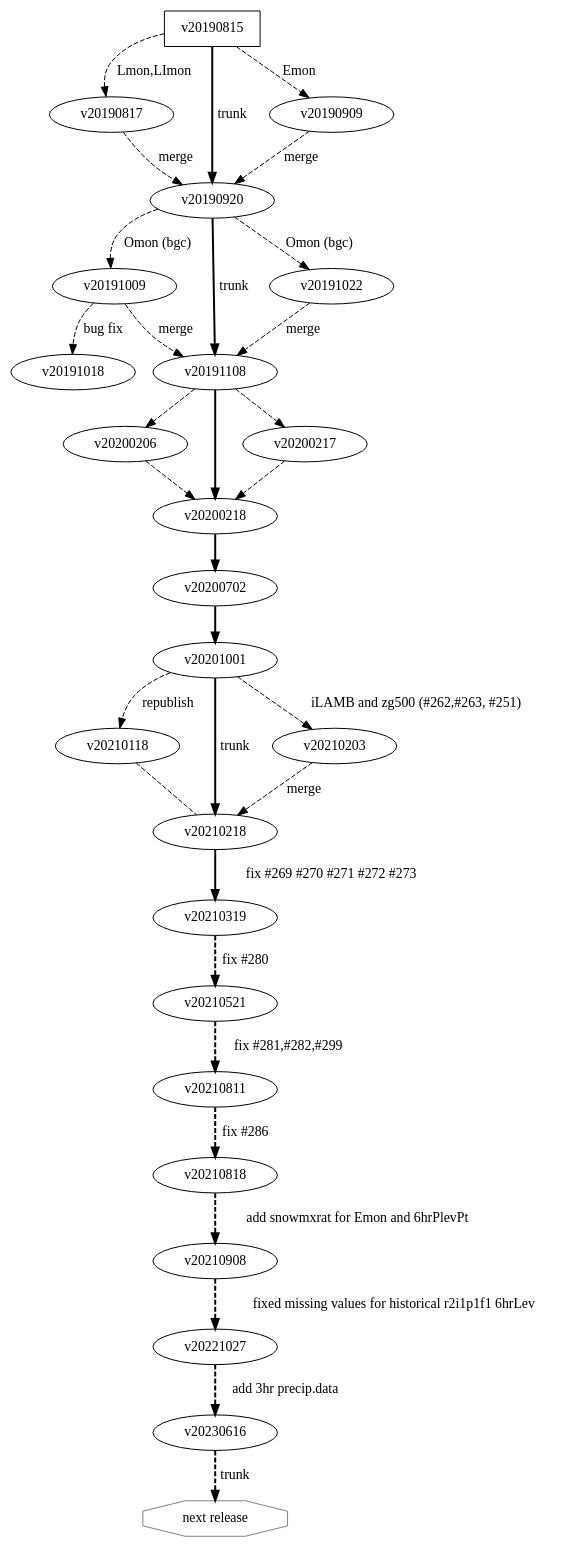
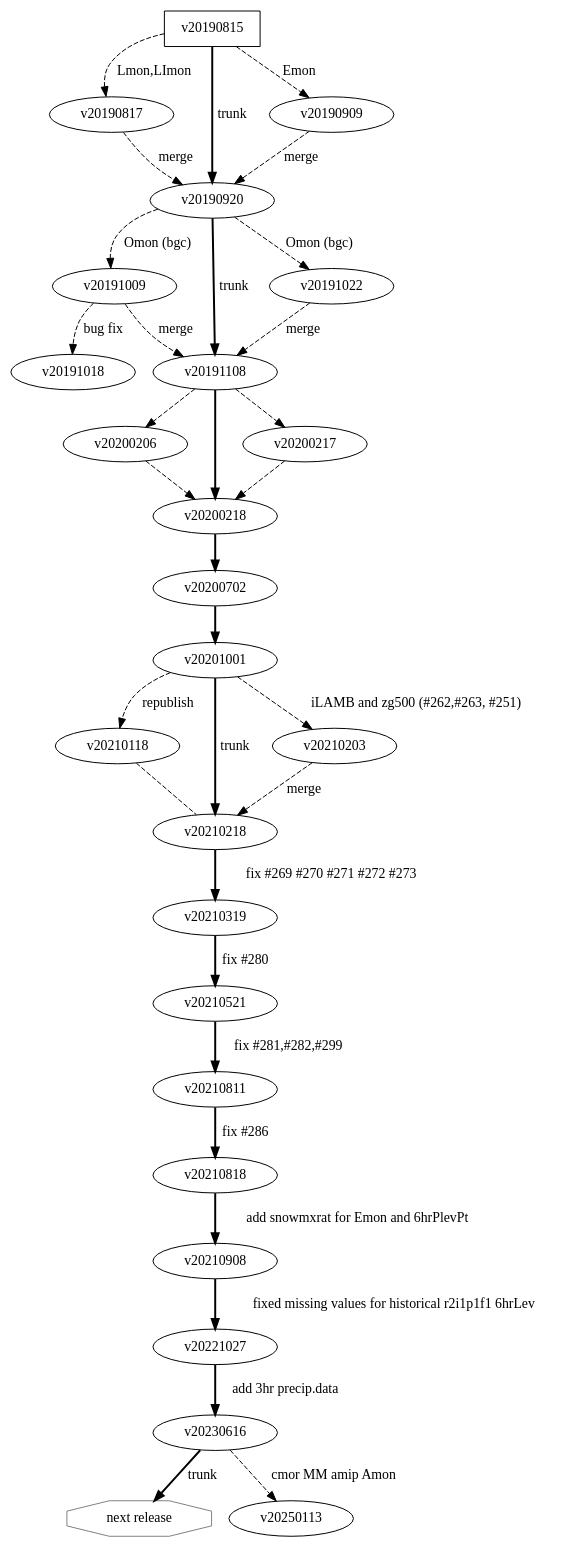
One commit to NorESMhub/noresm2cmor changed the diagram in versions/versions.gv. Above: the diagram before and after it, drawn with Graphviz. The commit also changed 9 other files, not shown here.

Commit message:
cmor NorESM2-MM amip Amon dataset (#171)

```diff
--- a/versions/versions.gv
+++ b/versions/versions.gv
@@ -1,37 +1,38 @@
  digraph G {
    v20190815 [shape=box;label="v20190815"];
    "next release" [shape=octagon;color=gray;label="next release"];
    //v20190920 [shape=box];
    //v20191108 [shape=box];
    v20190815 -> v20190817 [style=dashed,label="Lmon,LImon"];
    v20190815 -> v20190920 [penwidth=2.0,weight="2",label="trunk"];
    v20190815 -> v20190909 [style=dashed,label="Emon"];
    v20190817 -> v20190920 [style=dashed,label="merge"];
    v20190909 -> v20190920 [style=dashed,label="merge"];
    v20190920 -> v20191009 [style=dashed,weight="1",label="Omon (bgc)"];
    v20190920 -> v20191108 [penwidth=2.0,wegith="2",label="trunk"];
    v20190920 -> v20191022 [style=dashed,weight="1",label="Omon (bgc)"];
    v20191009 -> v20191018 [style=dashed,wegith="1",label="bug fix"];
    v20191009 -> v20191108 [style=dashed,wegith="1",label="merge"];
    v20191022 -> v20191108 [style=dashed,wegith="1",label="merge"];
    v20191108 -> v20200206 [style=dashed,weigth="1"];
    v20200206 -> v20200218 [style=dashed,weigth="1"];
    v20191108 -> v20200218 [penwidth=2.0,weigth="2"];
    v20191108 -> v20200217 [style=dashed,weigth="1"];
    v20200217 -> v20200218 [style=dashed,weigth="1"];
    v20200218 -> v20200702 [penwidth=2.0,weigth="2"];
    v20200702 -> v20201001 [penwidth=2.0,weigth="2"];
    v20201001 -> v20210118 [penwidth=1.0,style=dashed,weigth="1",label="republish"];
    v20210118 -> v20210218 [penwidth=1.0,arrowhead=none,style=dashed,weigth="1"];
    v20201001 -> v20210218 [style=solid,penwidth=2.0,weigth="2",label="trunk"];
    v20201001 -> v20210203 [penwidth=1.0,style=dashed,weigth="1",label="iLAMB and zg500 (#262,#263, #251)"];
    v20210203 -> v20210218 [style=dashed,penwidth=1.0,weigth="1",label="merge"];
    v20210218 -> v20210319 [style=solid,penwidth=2.0,weigth="1",label="fix #269 #270 #271 #272 #273"];
-   v20210319 -> "v20210521" [style=dashed;penwidth=2.0;label="fix #280"];
-   v20210521 -> "v20210811" [style=dashed;penwidth=2.0;label="fix #281,#282,#299"];
-   v20210811 -> "v20210818" [style=dashed;penwidth=2.0;label="fix #286"];
-   v20210818 -> "v20210908" [style=dashed;penwidth=2.0;label="add snowmxrat for Emon and 6hrPlevPt"];
-   v20210908 -> "v20221027" [style=dashed;penwidth=2.0;label="fixed missing values for historical r2i1p1f1 6hrLev"];
-   v20221027 -> "v20230616" [style=dashed;penwidth=2.0;label="add 3hr precip.data"];
-   v20230616 -> "next release" [style=dashed;penwidth=2.0;label="trunk"];
+   v20210319 -> "v20210521" [style=solid;penwidth=2.0;label="fix #280"];
+   v20210521 -> "v20210811" [style=solid;penwidth=2.0;label="fix #281,#282,#299"];
+   v20210811 -> "v20210818" [style=solid;penwidth=2.0;label="fix #286"];
+   v20210818 -> "v20210908" [style=solid;penwidth=2.0;label="add snowmxrat for Emon and 6hrPlevPt"];
+   v20210908 -> "v20221027" [style=solid;penwidth=2.0;label="fixed missing values for historical r2i1p1f1 6hrLev"];
+   v20221027 -> "v20230616" [style=solid;penwidth=2.0;label="add 3hr precip.data"];
+   v20230616 -> "v20250113" [style=dashed;penwidth=1.0;label="cmor MM amip Amon"];
+   v20230616 -> "next release" [style=solid;penwidth=2.0;label="trunk"];
  }
```
